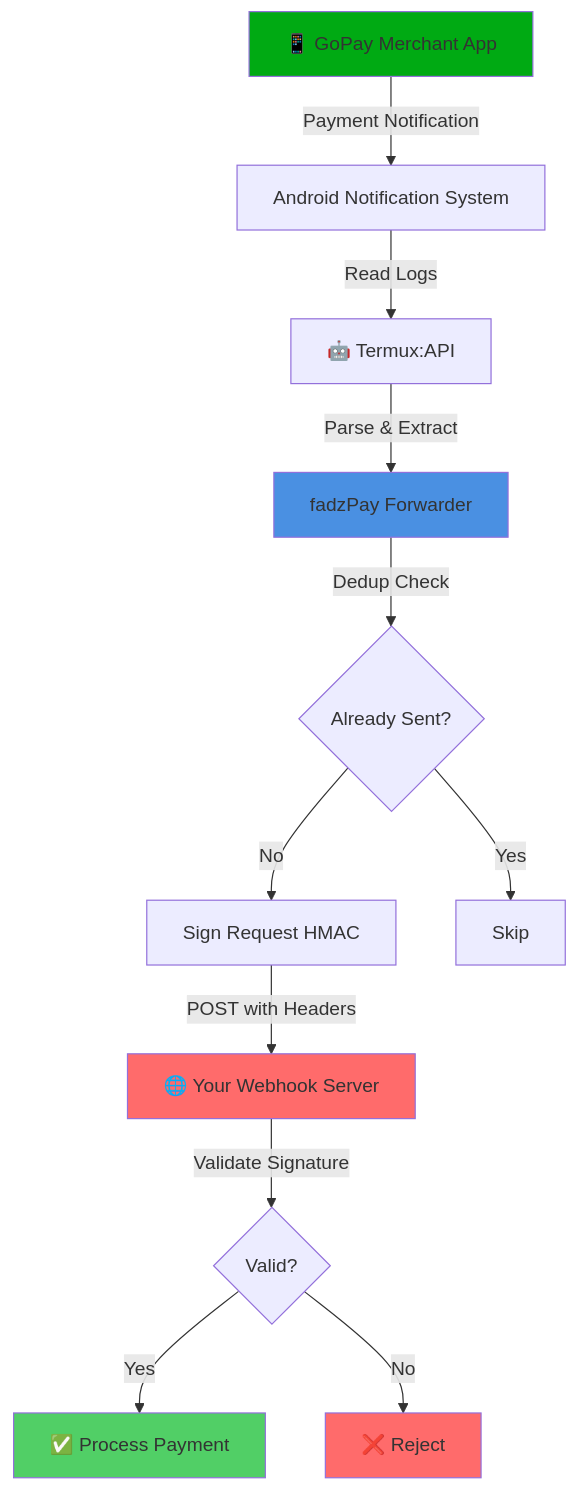
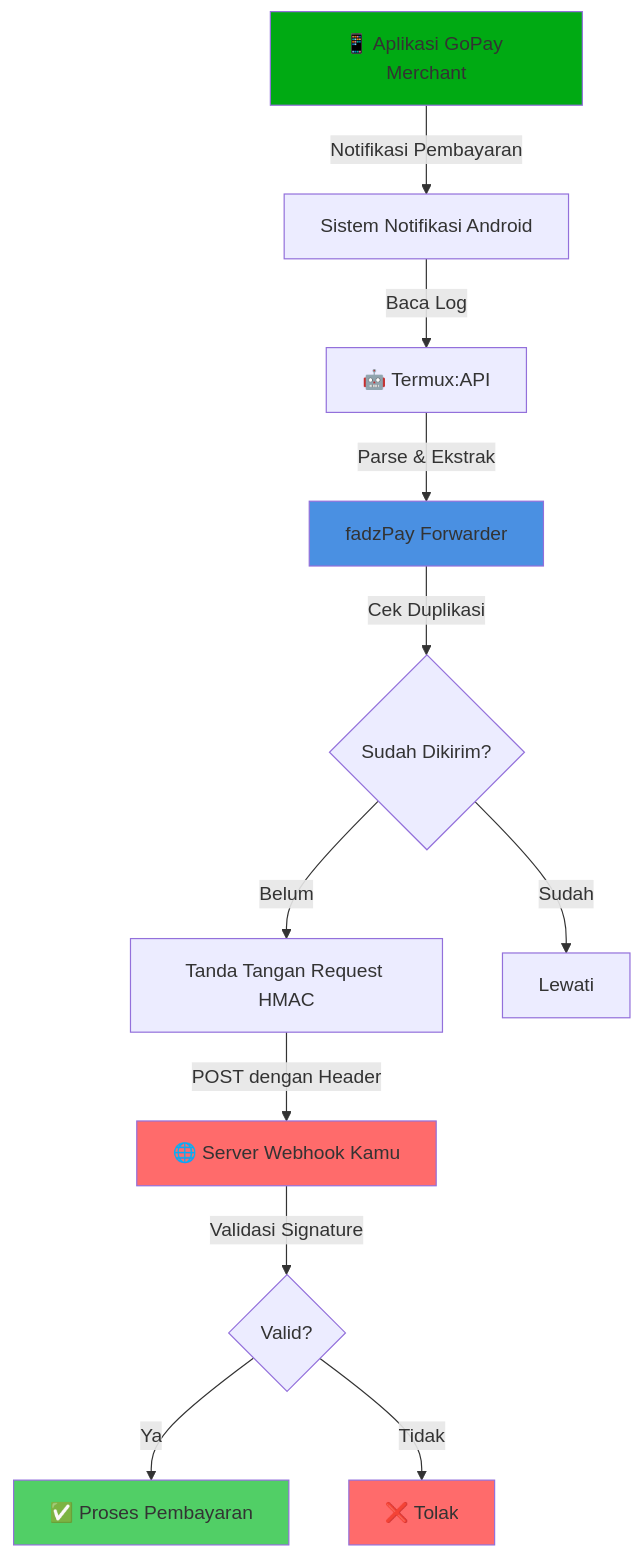
The diagram in README.md (Matsumiko/fadzPay), drawn with Mermaid before and after one commit. The commit also changed other lines of this file, not shown here.

````diff
--- a/README.md
+++ b/README.md
@@ -26,19 +26,19 @@
 ```mermaid
 graph TD
-    A[📱 GoPay Merchant App] -->|Payment Notification| B[Android Notification System]
-    B -->|Read Logs| C[🤖 Termux:API]
-    C -->|Parse & Extract| D[fadzPay Forwarder]
-    D -->|Dedup Check| E{Already Sent?}
-    E -->|No| F[Sign Request HMAC]
-    E -->|Yes| G[Skip]
-    F -->|POST with Headers| H[🌐 Your Webhook Server]
-    H -->|Validate Signature| I{Valid?}
-    I -->|Yes| J[✅ Process Payment]
-    I -->|No| K[❌ Reject]
+    A[📱 Aplikasi GoPay Merchant] -->|Notifikasi Pembayaran| B[Sistem Notifikasi Android]
+    B -->|Baca Log| C[🤖 Termux:API]
+    C -->|Parse & Ekstrak| D[fadzPay Forwarder]
+    D -->|Cek Duplikasi| E{Sudah Dikirim?}
+    E -->|Belum| F[Tanda Tangan Request HMAC]
+    E -->|Sudah| G[Lewati]
+    F -->|POST dengan Header| H[🌐 Server Webhook Kamu]
+    H -->|Validasi Signature| I{Valid?}
+    I -->|Ya| J[✅ Proses Pembayaran]
+    I -->|Tidak| K[❌ Tolak]
     
     style A fill:#00AA13
     style D fill:#4A90E2
     style H fill:#FF6B6B
     style J fill:#51CF66
     style K fill:#FF6B6B
 ```
````
